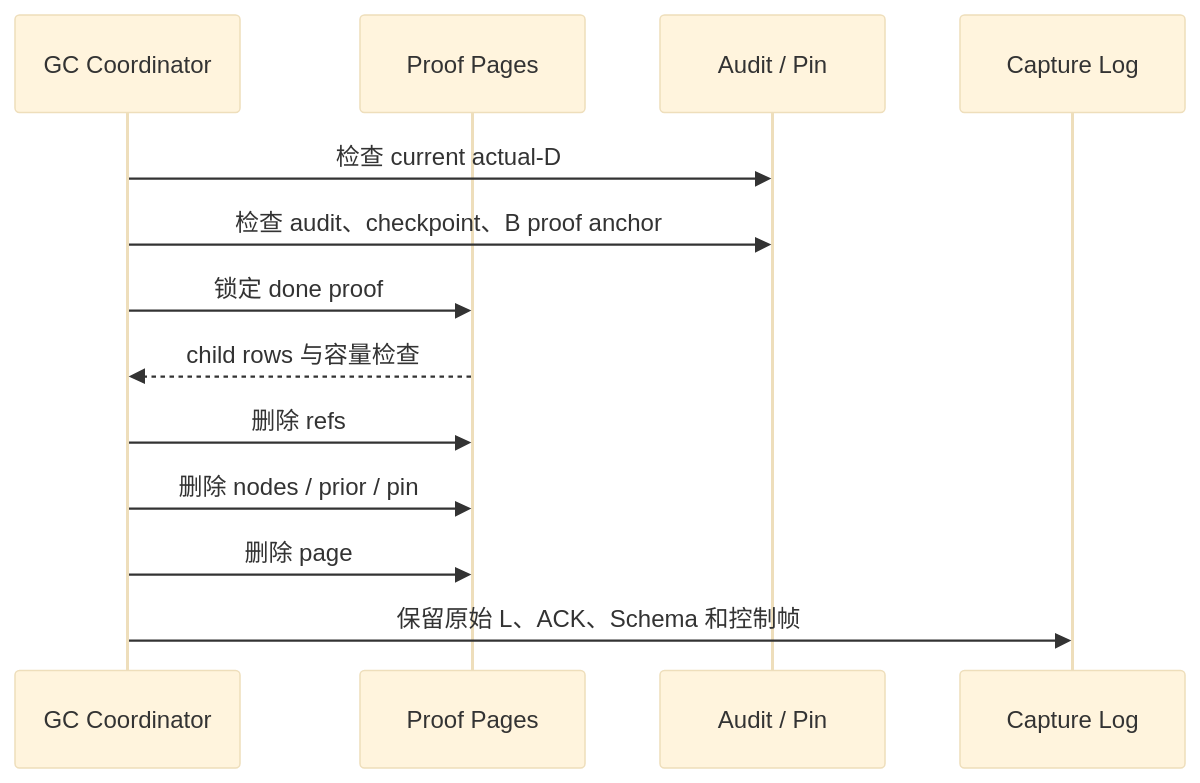
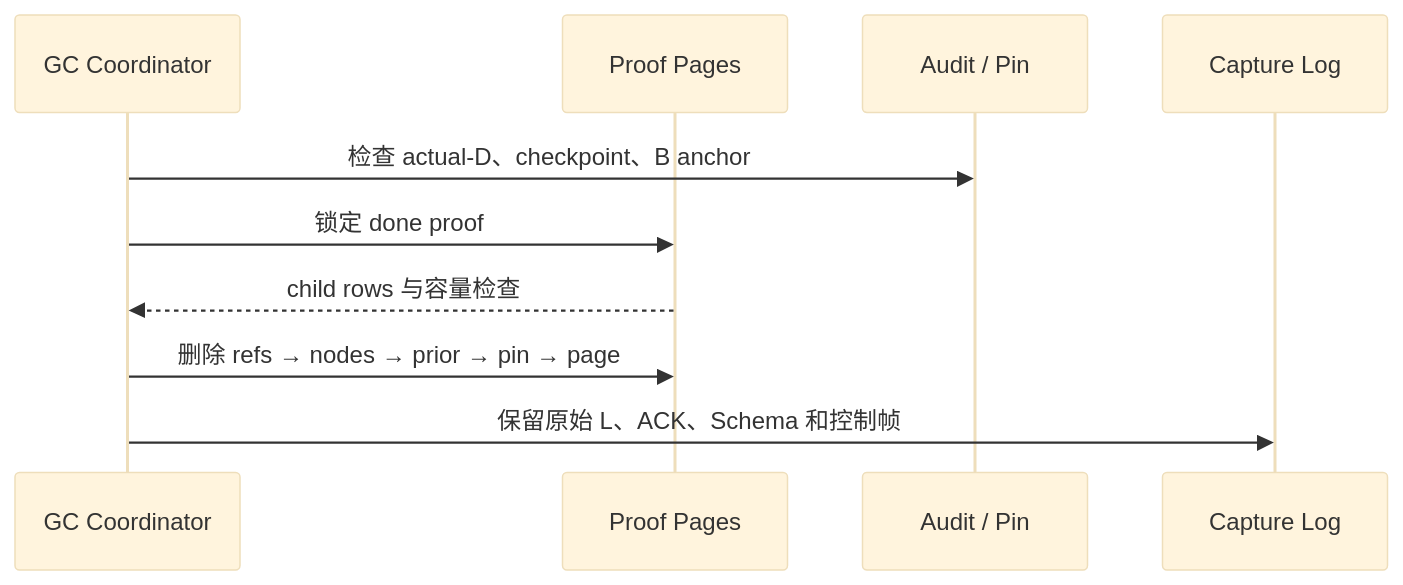
One commit to Xuxiaotuan/Xuxiaotuan.github.io changed the second of 2 diagrams in _posts/pekko/2026-10-18-pekko-cdc-4-protocol-design.md. Above: the diagram before and after it, drawn with Mermaid (base theme). The commit also changed other lines of this file and 4 other files, not shown here.

````diff
--- a/_posts/pekko/2026-10-18-pekko-cdc-4-protocol-design.md
+++ b/_posts/pekko/2026-10-18-pekko-cdc-4-protocol-design.md
@@ -109,16 +64,13 @@
 ```mermaid
 sequenceDiagram
     participant G as GC Coordinator
     participant P as Proof Pages
     participant A as Audit / Pin
     participant L as Capture Log
 
-    G->>A: 检查 current actual-D
-    G->>A: 检查 audit、checkpoint、B proof anchor
+    G->>A: 检查 actual-D、checkpoint、B anchor
     G->>P: 锁定 done proof
     P-->>G: child rows 与容量检查
-    G->>P: 删除 refs
-    G->>P: 删除 nodes / prior / pin
-    G->>P: 删除 page
+    G->>P: 删除 refs → nodes → prior → pin → page
     G->>L: 保留原始 L、ACK、Schema 和控制帧
 ```
````
